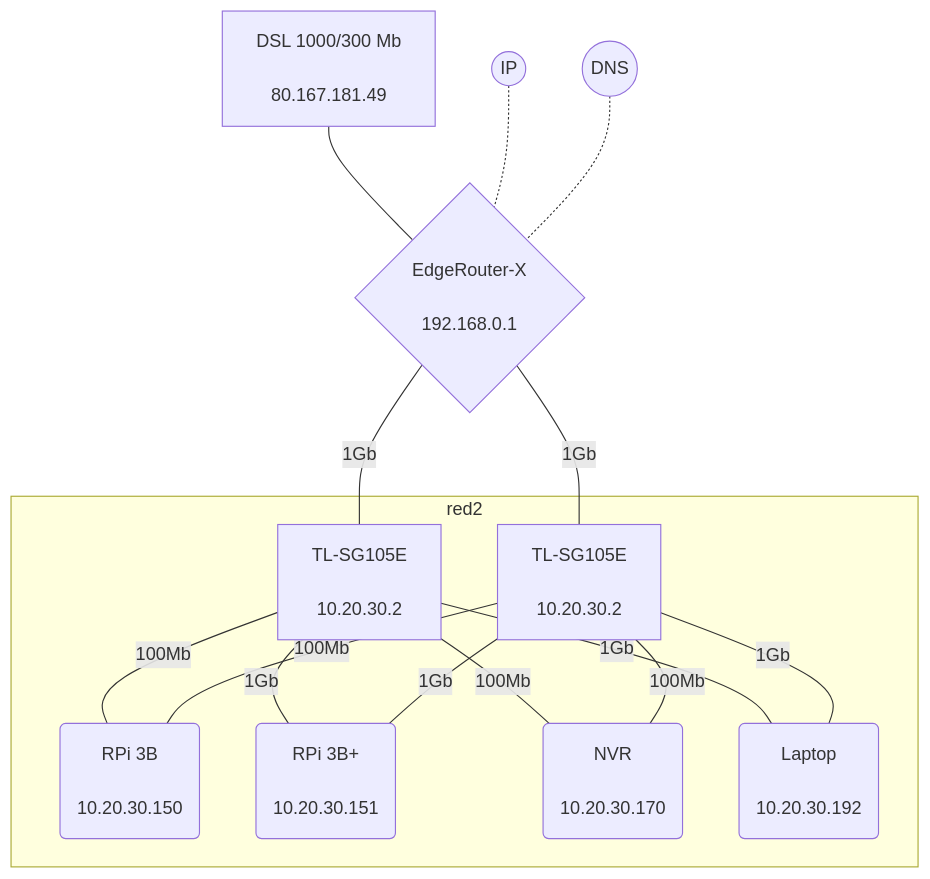
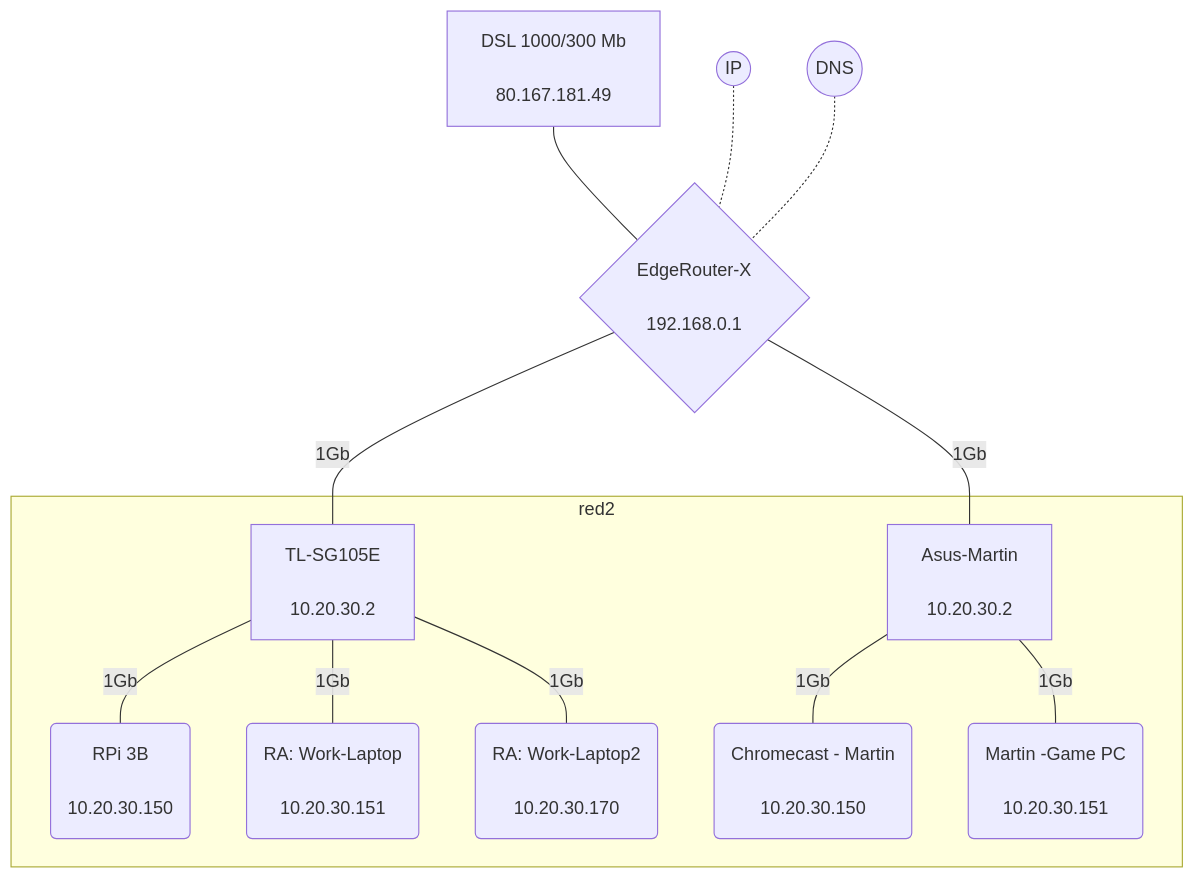
Before and after one commit to alf149/ansible: the second of 2 diagrams in Docs/Index.md, drawn with Mermaid.

Commit message:
more test

````diff
--- a/Docs/Index.md
+++ b/Docs/Index.md
@@ -16,24 +16,21 @@
 ```mermaid
 graph TD
  linkStyle default interpolate basis
  wan1[<center>DSL 1000/300 Mb<br><br>80.167.181.49</center>]---router{<center>EdgeRouter-X<br><br>192.168.0.1</center>}
  ip((<center><br>IP<br><br></center>))-.-router
  dns((<center><br>DNS<br><br></center>))-.-router
  router---|1Gb|switch1[<center>TL-SG105E<br><br>10.20.30.2</center>]
- router---|1Gb|switch2[<center>TL-SG105E<br><br>10.20.30.2</center>]
+ router---|1Gb|ac[<center>Asus-Martin<br><br>10.20.30.2</center>]
  
  subgraph red2
- switch1---|100Mb|pi1(<center>RPi 3B<br><br>10.20.30.150</center>)
- switch1---|1Gb|pi2(<center>RPi 3B+<br><br>10.20.30.151</center>)
- switch1---|100Mb|nvr(<center>NVR<br><br>10.20.30.170</center>)
- switch1---|1Gb|laptop(<center>Laptop<br><br>10.20.30.192</center>)
+ switch1---|1Gb|pi(<center>RPi 3B<br><br>10.20.30.150</center>)
+ switch1---|1Gb|work(<center>RA: Work-Laptop<br><br>10.20.30.151</center>)
+ switch1---|1Gb|work-lab(<center>RA: Work-Laptop2<br><br>10.20.30.170</center>)
  end
  
 
  subgraph red2
- switch2---|100Mb|pi1(<center>RPi 3B<br><br>10.20.30.150</center>)
- switch2---|1Gb|pi2(<center>RPi 3B+<br><br>10.20.30.151</center>)
- switch2---|100Mb|nvr(<center>NVR<br><br>10.20.30.170</center>)
- switch2---|1Gb|laptop(<center>Laptop<br><br>10.20.30.192</center>)
+ ac---|1Gb|chromecast(<center>Chromecast - Martin<br><br>10.20.30.150</center>)
+ ac---|1Gb|game-pc(<center>Martin -Game PC<br><br>10.20.30.151</center>)
  end
  ```
````
